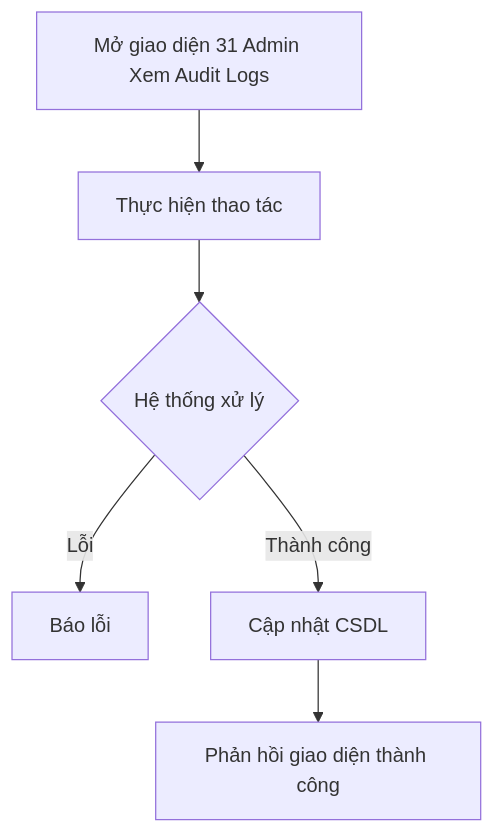
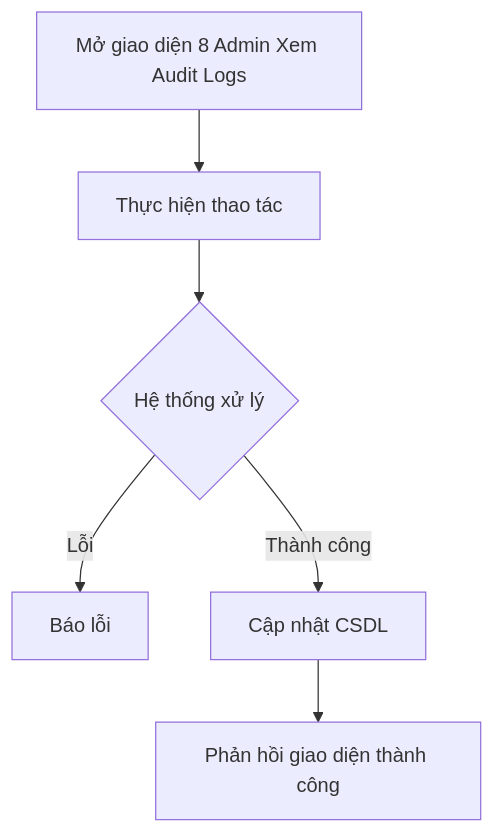
The diagram in nghiep_vu/epic-02_Admin_Area/user-story-08_Admin_Xem_Audit_Logs/user-story.md (VanHaPtit/EasyTech_FE), drawn with Mermaid before and after one commit. The commit also changed other lines of this file and 31 other files, not shown here.

````diff
--- a/nghiep_vu/epic-02_Admin_Area/user-story-08_Admin_Xem_Audit_Logs/user-story.md
+++ b/nghiep_vu/epic-02_Admin_Area/user-story-08_Admin_Xem_Audit_Logs/user-story.md
@@ -11,8 +11,8 @@
 ```mermaid
 graph TD
-    A[Mở giao diện 31 Admin Xem Audit Logs] --> B[Thực hiện thao tác]
+    A[Mở giao diện 8 Admin Xem Audit Logs] --> B[Thực hiện thao tác]
     B --> C{Hệ thống xử lý}
     C -- Lỗi --> D[Báo lỗi]
     C -- Thành công --> E[Cập nhật CSDL]
     E --> F[Phản hồi giao diện thành công]
 ```
````
